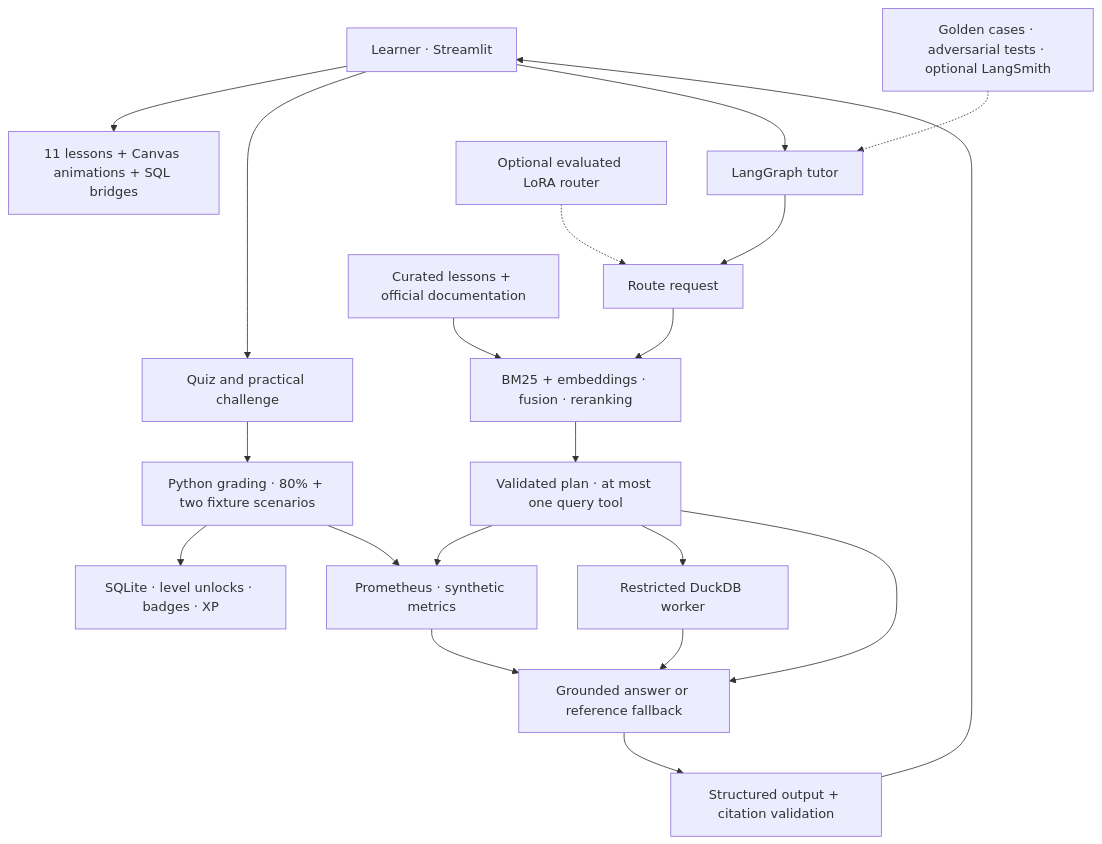
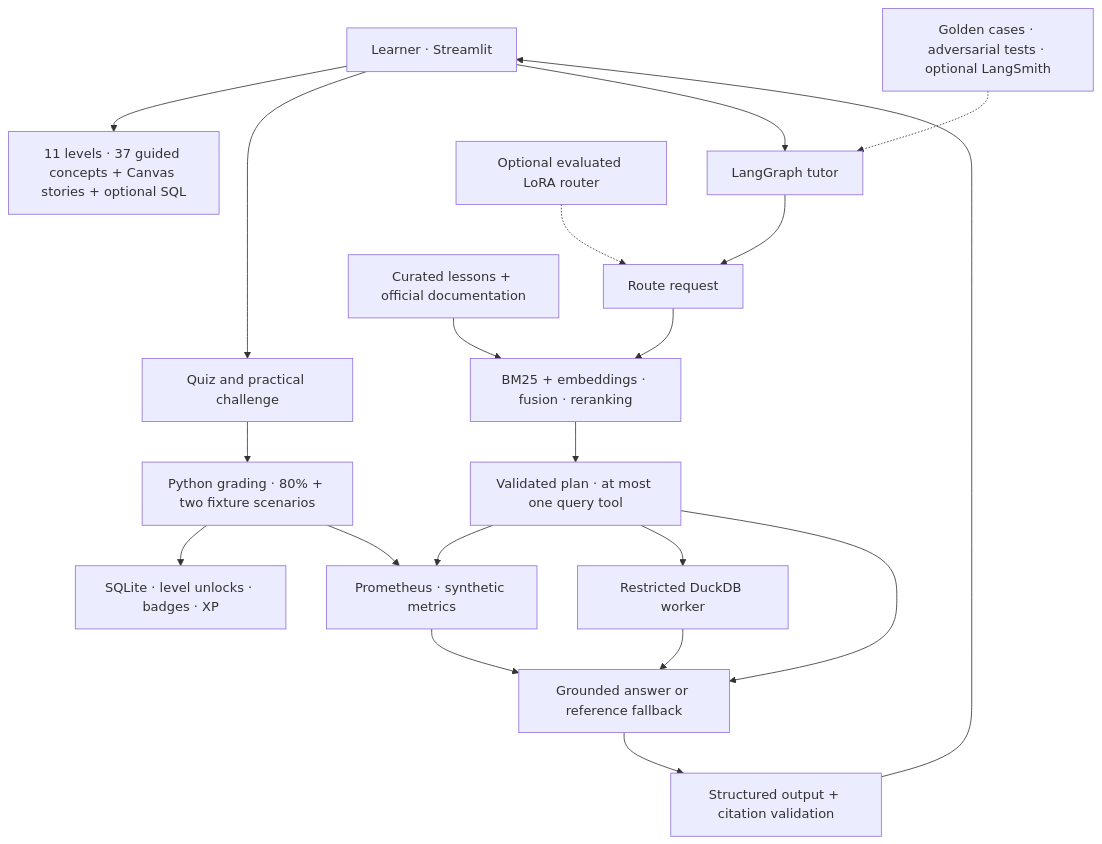
Before and after one commit to sivalinb/promql-zero-to-hero: the diagram in README.md, drawn with Mermaid. The commit also changed other lines of this file and 29 other files, not shown here.

First line of the commit message:
Teach PromQL from first measurements with 37 guided animated concepts

````diff
--- a/README.md
+++ b/README.md
@@ -40,22 +57,22 @@
 ```mermaid
 flowchart TD
-    U["Learner · Streamlit"] --> L["11 lessons + Canvas animations + SQL bridges"]
+    U["Learner · Streamlit"] --> L["11 levels · 37 guided concepts + Canvas stories + optional SQL"]
     U --> Q["Quiz and practical challenge"]
     Q --> G["Python grading · 80% + two fixture scenarios"]
     G --> P["SQLite · level unlocks · badges · XP"]
     U --> T["LangGraph tutor"]
     T --> R["Route request"]
     FT["Optional evaluated LoRA router"] -.-> R
     R --> H["BM25 + embeddings · fusion · reranking"]
     D["Curated lessons + official documentation"] --> H
     H --> PLAN["Validated plan · at most one query tool"]
     PLAN --> PROM["Prometheus · synthetic metrics"]
     PLAN --> SQL["Restricted DuckDB worker"]
     G --> PROM
     PLAN --> A["Grounded answer or reference fallback"]
     PROM --> A
     SQL --> A
     A --> V["Structured output + citation validation"]
     V --> U
     E["Golden cases · adversarial tests · optional LangSmith"] -.-> T
 ```
````
